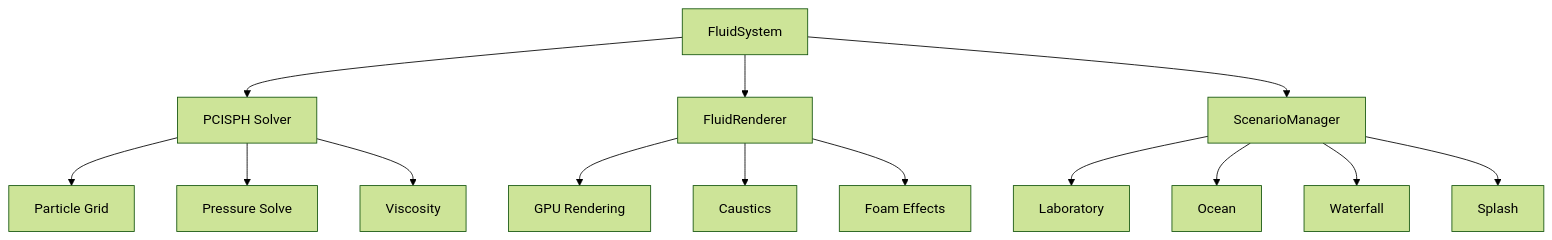
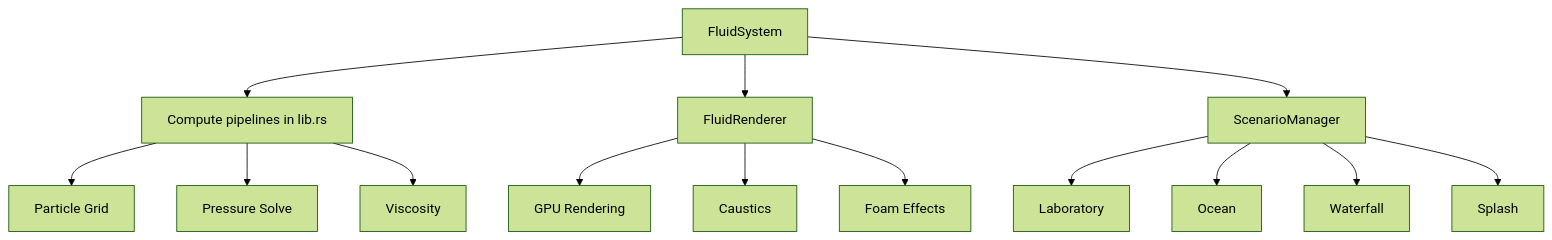
The diagram in dashboard/src/examples/fluids-demo.md (lazyxeon/AstraWeave), drawn with Mermaid (forest theme) before and after one commit. The commit also changed other lines of this file and 45 other files, not shown here.

````diff
--- a/dashboard/src/examples/fluids-demo.md
+++ b/dashboard/src/examples/fluids-demo.md
@@ -36,19 +29,19 @@
 ```mermaid
 graph TD
-    A[FluidSystem] --> B[PCISPH Solver]
+    A[FluidSystem] --> B[Compute pipelines in lib.rs]
     A --> C[FluidRenderer]
     A --> D[ScenarioManager]
     
     B --> E[Particle Grid]
     B --> F[Pressure Solve]
     B --> G[Viscosity]
     
     C --> H[GPU Rendering]
     C --> I[Caustics]
     C --> J[Foam Effects]
     
     D --> K[Laboratory]
     D --> L[Ocean]
     D --> M[Waterfall]
     D --> N[Splash]
 ```
````
